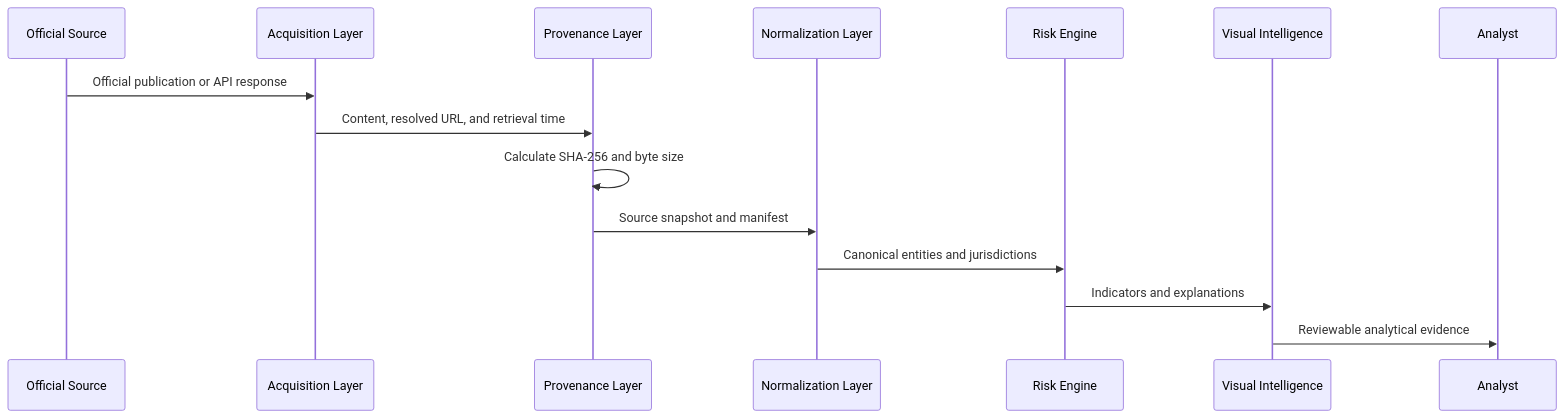
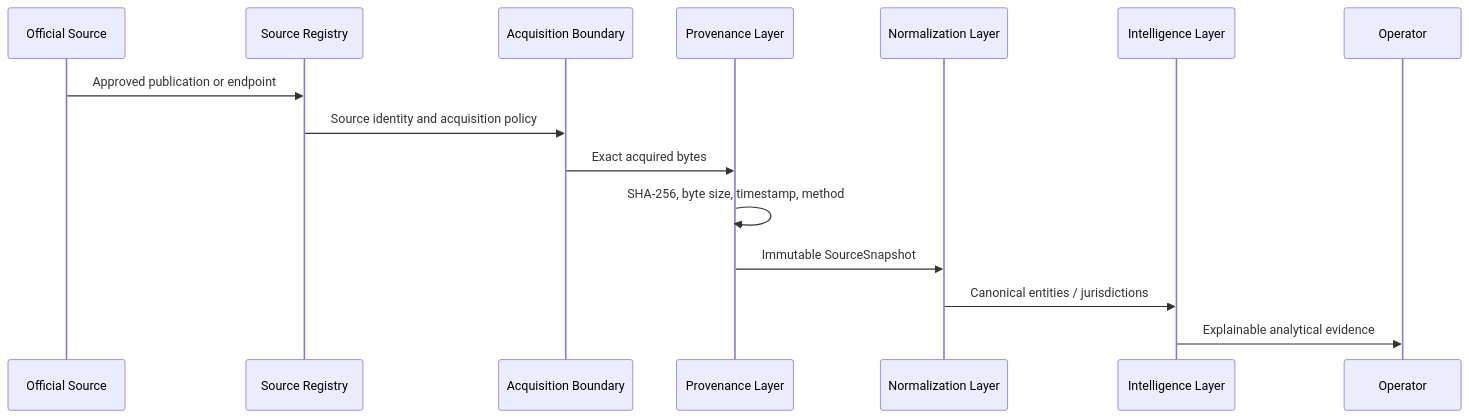
Before and after one commit to valeriusvarda/operation-black-meridian: the second of 3 diagrams in README.md, drawn with Mermaid. The commit also changed other lines of this file, not shown here.

First line of the commit message:
docs: redefine operational intelligence surface

````diff
--- a/README.md
+++ b/README.md
@@ -79,18 +116,18 @@
 ```mermaid
 sequenceDiagram
     participant S as Official Source
-    participant A as Acquisition Layer
+    participant R as Source Registry
+    participant A as Acquisition Boundary
     participant P as Provenance Layer
     participant N as Normalization Layer
-    participant R as Risk Engine
-    participant V as Visual Intelligence
-    participant O as Analyst
+    participant I as Intelligence Layer
+    participant O as Operator
 
-    S->>A: Official publication or API response
-    A->>P: Content, resolved URL, and retrieval time
-    P->>P: Calculate SHA-256 and byte size
-    P->>N: Source snapshot and manifest
-    N->>R: Canonical entities and jurisdictions
-    R->>V: Indicators and explanations
-    V->>O: Reviewable analytical evidence
+    S->>R: Approved publication or endpoint
+    R->>A: Source identity and acquisition policy
+    A->>P: Exact acquired bytes
+    P->>P: SHA-256, byte size, timestamp, method
+    P->>N: Immutable SourceSnapshot
+    N->>I: Canonical entities / jurisdictions
+    I->>O: Explainable analytical evidence
 ```
````
